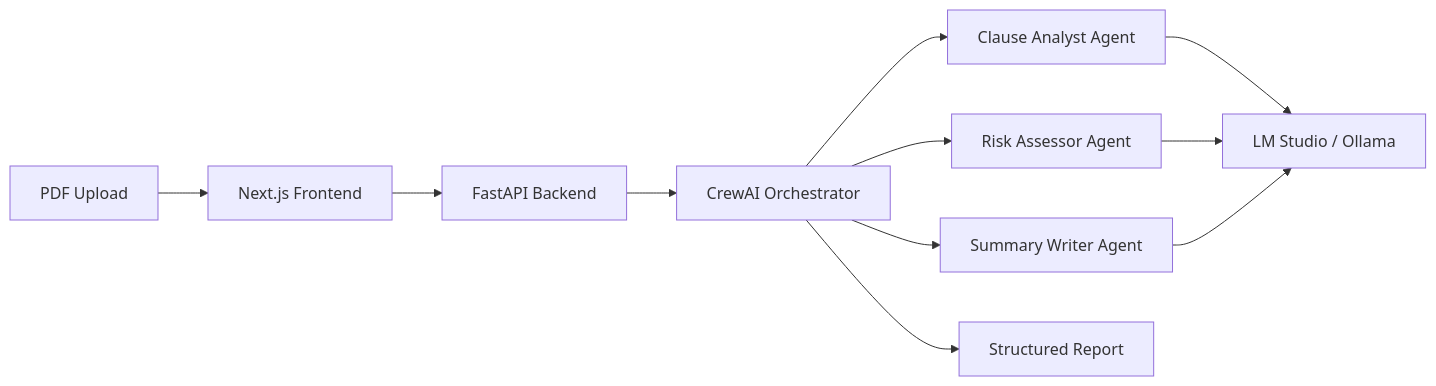
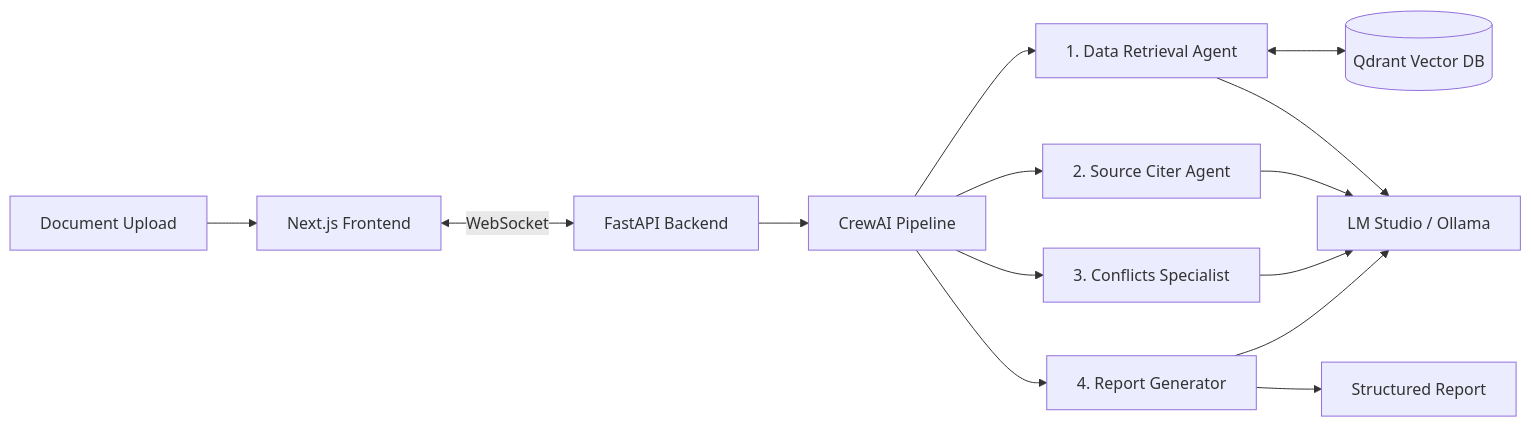
The third of 8 diagrams in README.md (dawarazhar11/dawarazhar11), drawn with Mermaid before and after one commit. The commit also changed other lines of this file, not shown here.

Commit message:
Full revamp: resume details, API dev emphasis, all projects with architecture diagrams, education

````diff
--- a/README.md
+++ b/README.md
@@ -157,11 +189,13 @@
 ```mermaid
 graph LR
-    A[PDF Upload] --> B[Next.js Frontend]
-    B --> C[FastAPI Backend]
-    C --> D[CrewAI Orchestrator]
-    D --> E[Clause Analyst Agent]
-    D --> F[Risk Assessor Agent]
-    D --> G[Summary Writer Agent]
-    E & F & G --> H[LM Studio / Ollama]
-    D --> I[Structured Report]
+    A[Document Upload] --> B[Next.js Frontend]
+    B <-->|WebSocket| C[FastAPI Backend]
+    C --> D[CrewAI Pipeline]
+    D --> E[1. Data Retrieval Agent]
+    D --> F[2. Source Citer Agent]
+    D --> G[3. Conflicts Specialist]
+    D --> H[4. Report Generator]
+    E <--> I[(Qdrant Vector DB)]
+    E & F & G & H --> J[LM Studio / Ollama]
+    H --> K[Structured Report]
 ```
````
